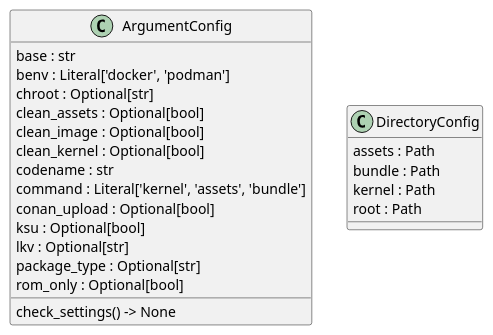
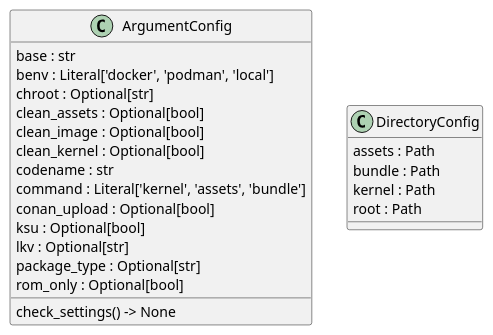
The diagram in docs/architecture/configs/classes.puml (seppzer0/zero_kernel), drawn with PlantUML before and after one commit. The commit also changed 5 other files, not shown here.

```diff
--- a/docs/architecture/configs/classes.puml
+++ b/docs/architecture/configs/classes.puml
@@ -1,25 +1,25 @@
 @startuml classes
 set namespaceSeparator none
 class "ArgumentConfig" as configs.argument.ArgumentConfig {
   base : str
-  benv : Literal['docker', 'podman']
+  benv : Literal['docker', 'podman', 'local']
   chroot : Optional[str]
   clean_assets : Optional[bool]
   clean_image : Optional[bool]
   clean_kernel : Optional[bool]
   codename : str
   command : Literal['kernel', 'assets', 'bundle']
   conan_upload : Optional[bool]
   ksu : Optional[bool]
   lkv : Optional[str]
   package_type : Optional[str]
   rom_only : Optional[bool]
   check_settings() -> None
 }
 class "DirectoryConfig" as configs.directory.DirectoryConfig {
   assets : Path
   bundle : Path
   kernel : Path
   root : Path
 }
 @enduml
```
